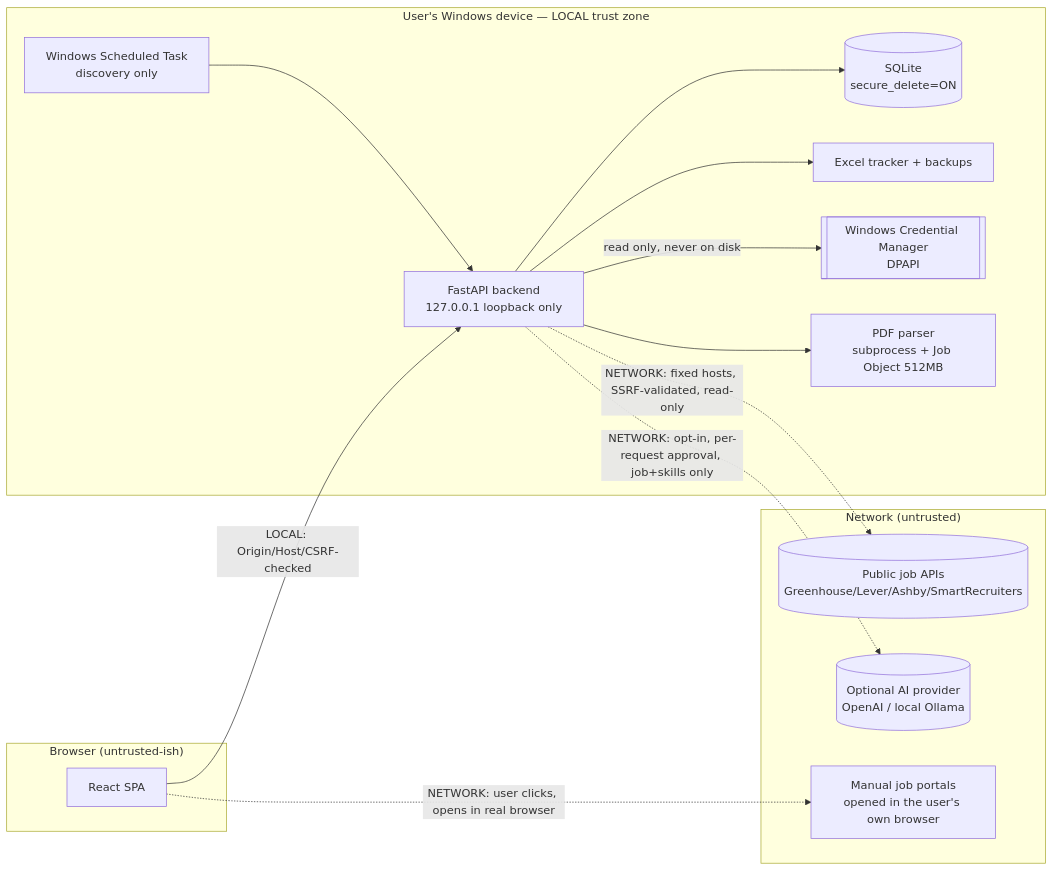
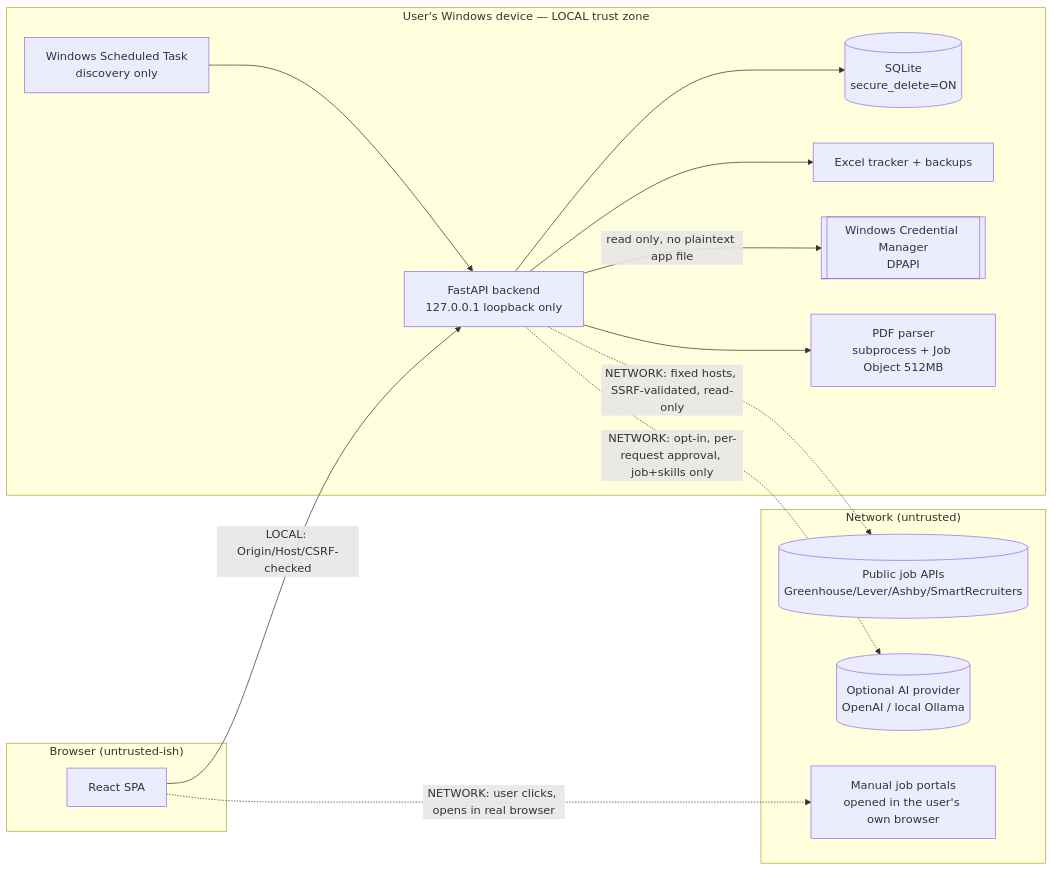
The diagram in docs/THREAT_MODEL.md (SoSwag5/ASTRA), drawn with Mermaid before and after one commit. The commit also changed other lines of this file and 26 other files, not shown here.

````diff
--- a/docs/THREAT_MODEL.md
+++ b/docs/THREAT_MODEL.md
@@ -41,29 +43,29 @@
 ```mermaid
 flowchart LR
     subgraph browser["Browser (untrusted-ish)"]
         UI[React SPA]
     end
     subgraph device["User's Windows device — LOCAL trust zone"]
         API[FastAPI backend<br/>127.0.0.1 loopback only]
         DB[(SQLite<br/>secure_delete=ON)]
         XLSX[Excel tracker + backups]
         CRED[[Windows Credential Manager<br/>DPAPI]]
         PARSE[PDF parser<br/>subprocess + Job Object 512MB]
         TASK[Windows Scheduled Task<br/>discovery only]
     end
     subgraph net["Network (untrusted)"]
         JOBS[(Public job APIs<br/>Greenhouse/Lever/Ashby/SmartRecruiters)]
         AI[(Optional AI provider<br/>OpenAI / local Ollama)]
         PORTALS[Manual job portals<br/>opened in the user's own browser]
     end
 
     UI -->|"LOCAL: Origin/Host/CSRF-checked"| API
     API --> DB
     API --> XLSX
-    API -->|read only, never on disk| CRED
+    API -->|read only, no plaintext app file| CRED
     API --> PARSE
     API -.->|"NETWORK: fixed hosts, SSRF-validated, read-only"| JOBS
     API -.->|"NETWORK: opt-in, per-request approval, job+skills only"| AI
     UI -.->|"NETWORK: user clicks, opens in real browser"| PORTALS
     TASK --> API
 ```
````
